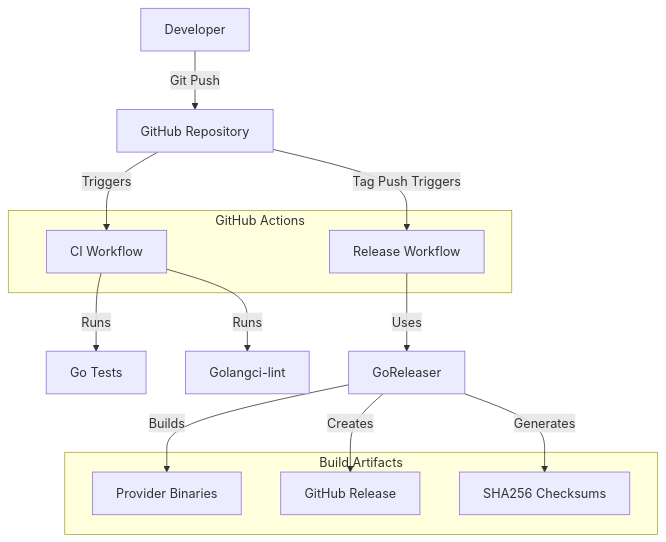
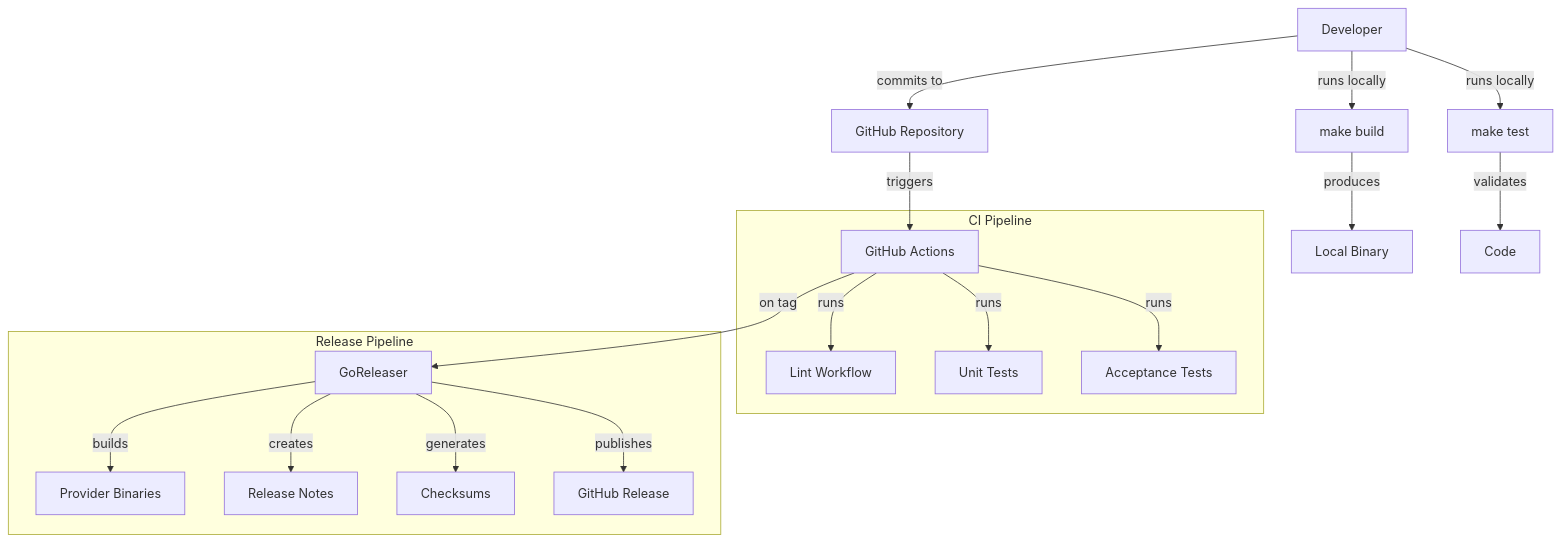
The fourth of 4 diagrams in examples/form3tech-oss/dir-sec-design-terraform-provider-chronicle-anthropicclaude-3.7-sonnetthinking.md (xvnpw/ai-security-analyzer), drawn with Mermaid before and after one commit. The commit also changed other lines of this file and 30 other files, not shown here.

````diff
--- a/examples/form3tech-oss/dir-sec-design-terraform-provider-chronicle-anthropicclaude-3.7-sonnetthinking.md
+++ b/examples/form3tech-oss/dir-sec-design-terraform-provider-chronicle-anthropicclaude-3.7-sonnetthinking.md
@@ -200,25 +231,24 @@
 ```mermaid
 graph TD
-    Developer[Developer] -->|Git Push| GitHubRepo[GitHub Repository]
-    GitHubRepo -->|Triggers| CIWorkflow[CI Workflow]
-    GitHubRepo -->|Tag Push Triggers| ReleaseWorkflow[Release Workflow]
+    D[Developer] -->|commits to| GR[GitHub Repository]
+    GR -->|triggers| GHA[GitHub Actions]
 
-    CIWorkflow -->|Runs| GoTests[Go Tests]
-    CIWorkflow -->|Runs| GoLint[Golangci-lint]
-
-    ReleaseWorkflow -->|Uses| GoReleaser[GoReleaser]
-    GoReleaser -->|Builds| ProviderBinaries[Provider Binaries]
-    GoReleaser -->|Creates| GitHubRelease[GitHub Release]
-    GoReleaser -->|Generates| Checksums[SHA256 Checksums]
-
-    subgraph GitHub Actions
-        CIWorkflow
-        ReleaseWorkflow
+    subgraph "CI Pipeline"
+    GHA -->|runs| LI[Lint Workflow]
+    GHA -->|runs| UT[Unit Tests]
+    GHA -->|runs| AT[Acceptance Tests]
     end
 
-    subgraph Build Artifacts
-        ProviderBinaries
-        GitHubRelease
-        Checksums
+    subgraph "Release Pipeline"
+    GHA -->|on tag| GR2[GoReleaser]
+    GR2 -->|builds| BP[Provider Binaries]
+    GR2 -->|creates| RN[Release Notes]
+    GR2 -->|generates| CS[Checksums]
+    GR2 -->|publishes| RL[GitHub Release]
     end
+
+    D -->|runs locally| MB[make build]
+    MB -->|produces| LB[Local Binary]
+    D -->|runs locally| MT[make test]
+    MT -->|validates| CD[Code]
 ```
````
